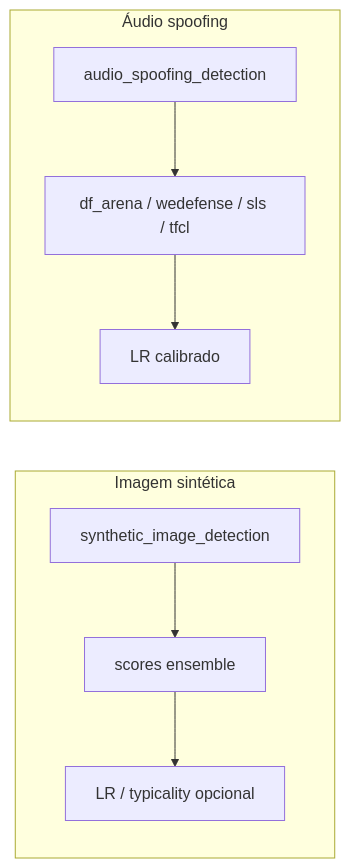
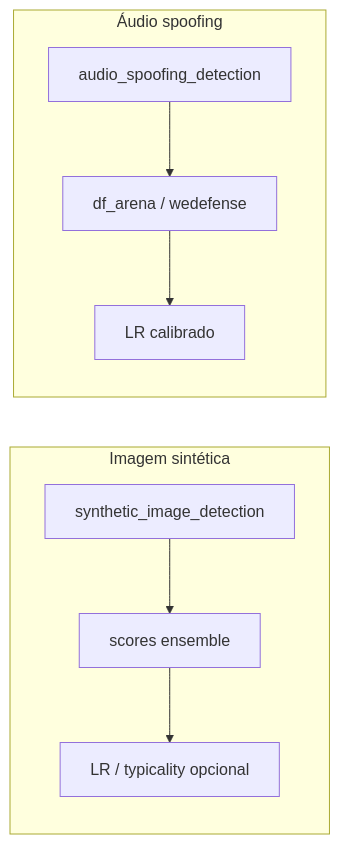
Before and after one commit to peritopaulomax/ForensicAuth: the diagram in docs/09-ml-e-artefatos.md, drawn with Mermaid.

````diff
--- a/docs/09-ml-e-artefatos.md
+++ b/docs/09-ml-e-artefatos.md
@@ -19,12 +19,12 @@
 ```mermaid
 flowchart LR
   subgraph Synth[Imagem sintética]
     S1[synthetic_image_detection] --> S2[scores ensemble]
     S2 --> S3[LR / typicality opcional]
   end
   subgraph Audio[Áudio spoofing]
-    A1[audio_spoofing_detection] --> A2[df_arena / wedefense / sls / tfcl]
+    A1[audio_spoofing_detection] --> A2[df_arena / wedefense ]
     A2 --> A3[LR calibrado]
   end
  
 ```
````
